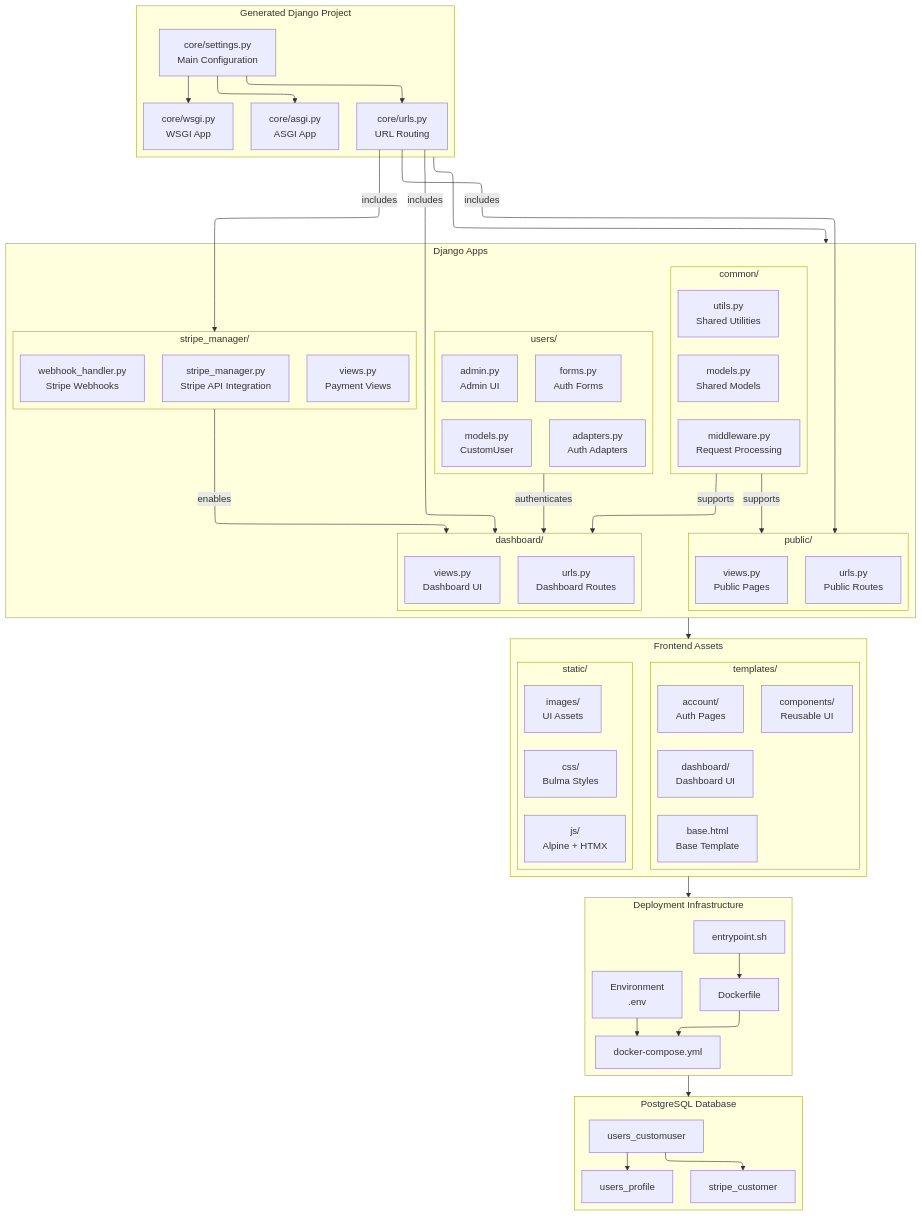
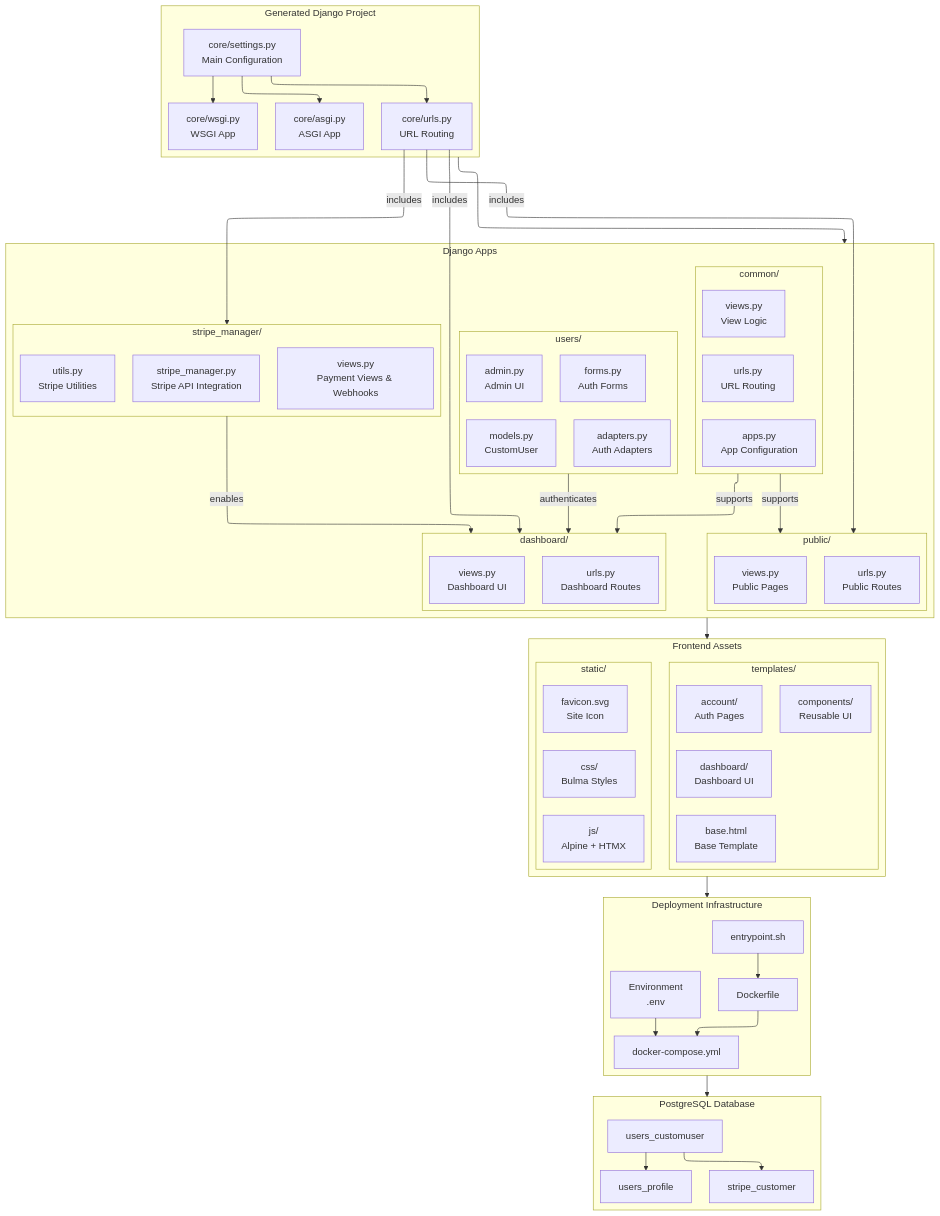
Before and after one commit to Experto-AI/quickscale: the second of 7 diagrams in TECHNICAL_DOCS.md, drawn with Mermaid. The commit also changed other lines of this file and 32 other files, not shown here.

```diff
--- a/TECHNICAL_DOCS.md
+++ b/TECHNICAL_DOCS.md
@@ -208,9 +249,9 @@
   end
  subgraph Common["common/"]
     direction TB
-        common_models["models.py<br>Shared Models"]
-        common_middleware["middleware.py<br>Request Processing"]
-        common_utils["utils.py<br>Shared Utilities"]
+        common_apps["apps.py<br>App Configuration"]
+        common_urls["urls.py<br>URL Routing"]
+        common_views["views.py<br>View Logic"]
   end
  subgraph Public["public/"]
     direction TB
@@ -225,8 +266,8 @@
  subgraph Payments["stripe_manager/"]
     direction TB
         payment_models["stripe_manager.py<br>Stripe API Integration"]
-        payment_views["views.py<br>Payment Views"]
-        webhook["webhook_handler.py<br>Stripe Webhooks"]
+        payment_views["views.py<br>Payment Views & Webhooks"]
+        payment_utils["utils.py<br>Stripe Utilities"]
   end
  subgraph Apps["Django Apps"]
     direction TB
@@ -247,7 +288,7 @@
     direction TB
         css["css/<br>Bulma Styles"]
         js["js/<br>Alpine + HTMX"]
-        images["images/<br>UI Assets"]
+        favicon["favicon.svg<br>Site Icon"]
   end
  subgraph Frontend["Frontend Assets"]
     direction TB
```
